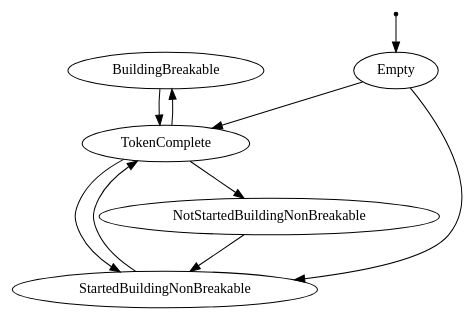
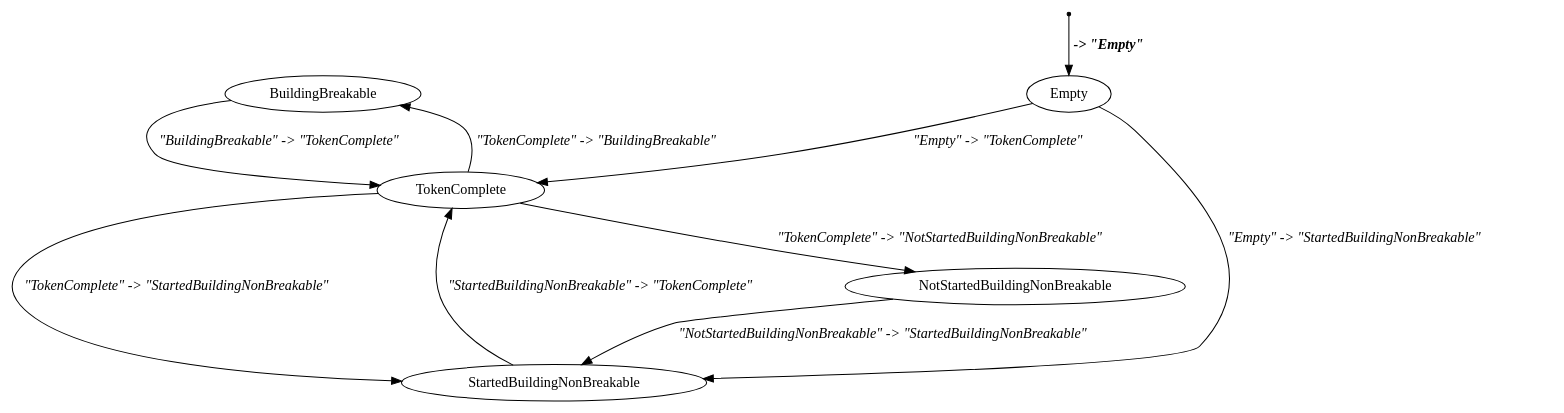
Before and after one commit to kieranjwhite/calendar_mirror: the diagram in docs/tokenising_stm.dot, drawn with Graphviz. The commit also changed 8 other files, not shown here.

```diff
--- a/docs/tokenising_stm.dot
+++ b/docs/tokenising_stm.dot
@@ -1,17 +1,17 @@
 digraph tokenising_stm {
     BuildingBreakable[label="BuildingBreakable"][shape="ellipse"];
     Empty[label="Empty"][shape="ellipse"];
     NotStartedBuildingNonBreakable[label="NotStartedBuildingNonBreakable"][shape="ellipse"];
     StartedBuildingNonBreakable[label="StartedBuildingNonBreakable"][shape="ellipse"];
     TokenComplete[label="TokenComplete"][shape="ellipse"];
     _start[label="_start"][shape="point"];
-    _start -> Empty[label=""];
-    TokenComplete -> BuildingBreakable[label=""];
-    TokenComplete -> NotStartedBuildingNonBreakable[label=""];
-    Empty -> StartedBuildingNonBreakable[label=""];
-    NotStartedBuildingNonBreakable -> StartedBuildingNonBreakable[label=""];
-    TokenComplete -> StartedBuildingNonBreakable[label=""];
-    Empty -> TokenComplete[label=""];
-    BuildingBreakable -> TokenComplete[label=""];
-    StartedBuildingNonBreakable -> TokenComplete[label=""];
+    _start -> Empty[label=<<TABLE BORDER="0"><TR><TD><B><I> -&gt; "Empty"</I></B></TD></TR></TABLE>>];
+    TokenComplete -> BuildingBreakable[label=<<TABLE BORDER="0"><TR><TD><I>"TokenComplete" -&gt; "BuildingBreakable"</I></TD></TR></TABLE>>];
+    TokenComplete -> NotStartedBuildingNonBreakable[label=<<TABLE BORDER="0"><TR><TD><I>"TokenComplete" -&gt; "NotStartedBuildingNonBreakable"</I></TD></TR></TABLE>>];
+    Empty -> StartedBuildingNonBreakable[label=<<TABLE BORDER="0"><TR><TD><I>"Empty" -&gt; "StartedBuildingNonBreakable"</I></TD></TR></TABLE>>];
+    NotStartedBuildingNonBreakable -> StartedBuildingNonBreakable[label=<<TABLE BORDER="0"><TR><TD><I>"NotStartedBuildingNonBreakable" -&gt; "StartedBuildingNonBreakable"</I></TD></TR></TABLE>>];
+    TokenComplete -> StartedBuildingNonBreakable[label=<<TABLE BORDER="0"><TR><TD><I>"TokenComplete" -&gt; "StartedBuildingNonBreakable"</I></TD></TR></TABLE>>];
+    Empty -> TokenComplete[label=<<TABLE BORDER="0"><TR><TD><I>"Empty" -&gt; "TokenComplete"</I></TD></TR></TABLE>>];
+    BuildingBreakable -> TokenComplete[label=<<TABLE BORDER="0"><TR><TD><I>"BuildingBreakable" -&gt; "TokenComplete"</I></TD></TR></TABLE>>];
+    StartedBuildingNonBreakable -> TokenComplete[label=<<TABLE BORDER="0"><TR><TD><I>"StartedBuildingNonBreakable" -&gt; "TokenComplete"</I></TD></TR></TABLE>>];
 }
```
